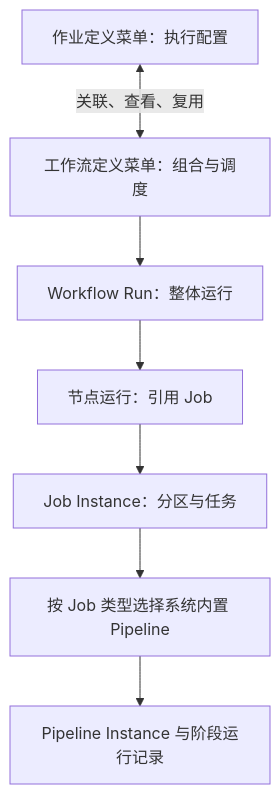
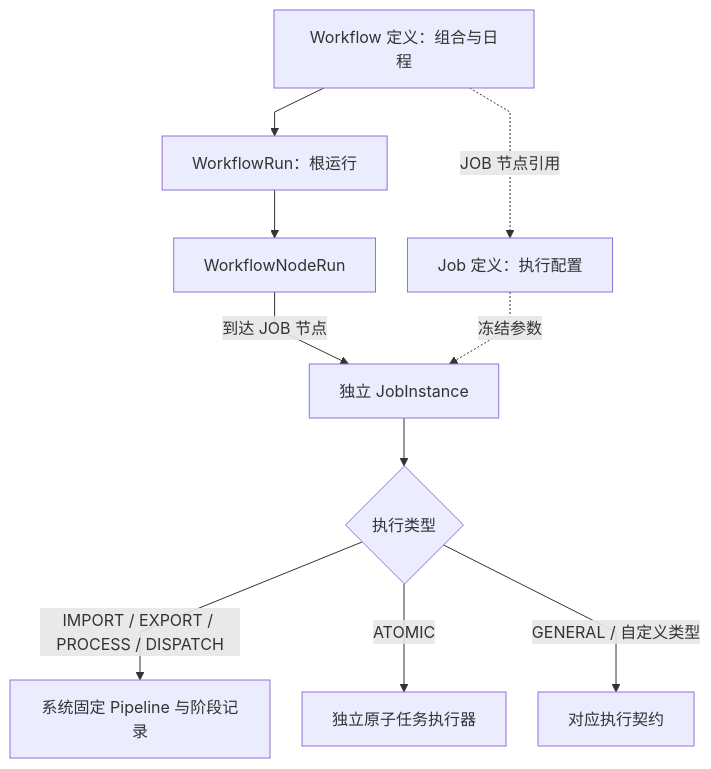
One commit to pinpols/file-batch-system changed the diagram in docs/plans/workflow-unified-execution-and-system-pipeline-plan-2026-10-14.md. Above: the diagram before and after it, drawn with Mermaid. The commit also changed 2792 other files, not shown here.

````diff
--- a/docs/plans/workflow-unified-execution-and-system-pipeline-plan-2026-10-14.md
+++ b/docs/plans/workflow-unified-execution-and-system-pipeline-plan-2026-10-14.md
@@ -24,9 +24,13 @@
 ```mermaid
+%%{init: {"flowchart":{"curve":"linear","nodeSpacing":32,"rankSpacing":48},"sequence":{"mirrorActors":false}}}%%
 flowchart TB
-  JD[作业定义菜单：执行配置] <-->|关联、查看、复用| WD[工作流定义菜单：组合与调度]
-  WD --> WF[Workflow Run：整体运行]
-  WF --> NR[节点运行：引用 Job]
-  NR --> JI[Job Instance：分区与任务]
-  JI --> BT[按 Job 类型选择系统内置 Pipeline]
-  BT --> PI[Pipeline Instance 与阶段运行记录]
+  W[Workflow 定义：组合与日程] -. JOB 节点引用 .-> J[Job 定义：执行配置]
+  W --> R[WorkflowRun：根运行]
+  R --> N[WorkflowNodeRun]
+  N -->|到达 JOB 节点| I[独立 JobInstance]
+  J -. 冻结参数 .-> I
+  I --> T{执行类型}
+  T -->|IMPORT / EXPORT / PROCESS / DISPATCH| P[系统固定 Pipeline 与阶段记录]
+  T -->|ATOMIC| A[独立原子任务执行器]
+  T -->|GENERAL / 自定义类型| E[对应执行契约]
 ```
````
